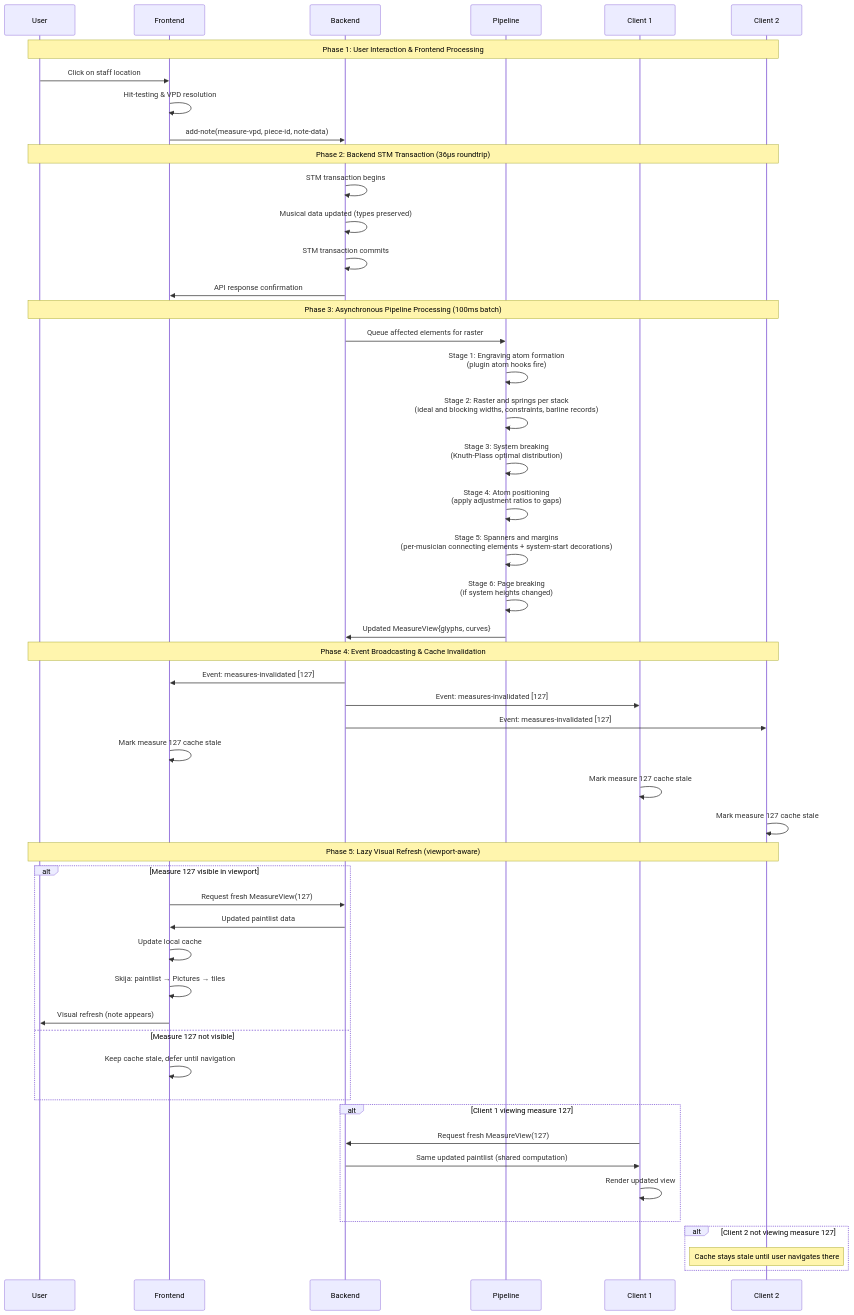
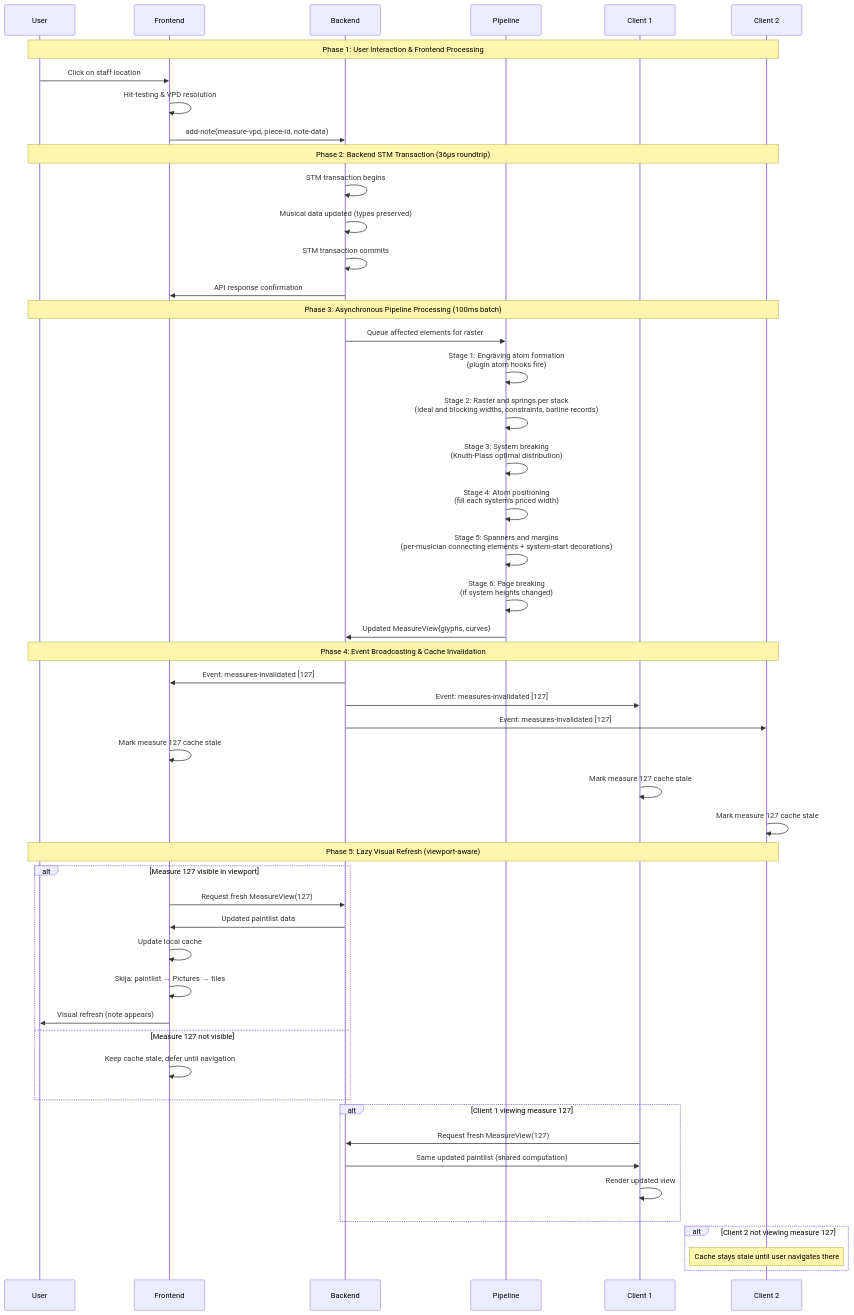
Before and after one commit to PeterBengtson/Ooloi-docs: the third of 4 diagrams in ADRs/0028-Hierarchical-Rendering-Pipeline.md, drawn with Mermaid. The commit also changed other lines of this file and 2 other files, not shown here.

Commit message:
Documentation sync 2026-11-17

````diff
--- a/ADRs/0028-Hierarchical-Rendering-Pipeline.md
+++ b/ADRs/0028-Hierarchical-Rendering-Pipeline.md
@@ -304,60 +304,60 @@
 ```mermaid
 sequenceDiagram
     participant U as User
     participant F as Frontend
     participant B as Backend
     participant P as Pipeline
     participant C1 as Client 1
     participant C2 as Client 2
 
     Note over U,C2: Phase 1: User Interaction & Frontend Processing
     U->>F: Click on staff location
     F->>F: Hit-testing & VPD resolution
     F->>B: add-note(measure-vpd, piece-id, note-data)
 
     Note over U,C2: Phase 2: Backend STM Transaction (36μs roundtrip)
     B->>B: STM transaction begins
     B->>B: Musical data updated (types preserved)
     B->>B: STM transaction commits
     B->>F: API response confirmation
 
     Note over U,C2: Phase 3: Asynchronous Pipeline Processing (100ms batch)
     B->>P: Queue affected elements for raster
     P->>P: Stage 1: Engraving atom formation<br/>(plugin atom hooks fire)
     P->>P: Stage 2: Raster and springs per stack<br/>(ideal and blocking widths, constraints, barline records)
     P->>P: Stage 3: System breaking<br/>(Knuth-Plass optimal distribution)
-    P->>P: Stage 4: Atom positioning<br/>(apply adjustment ratios to gaps)
+    P->>P: Stage 4: Atom positioning<br/>(fill each system's priced width)
     P->>P: Stage 5: Spanners and margins<br/>(per-musician connecting elements + system-start decorations)
     P->>P: Stage 6: Page breaking<br/>(if system heights changed)
     P->>B: Updated MeasureView{glyphs, curves}
 
     Note over U,C2: Phase 4: Event Broadcasting & Cache Invalidation
     B->>F: Event: measures-invalidated [127]
     B->>C1: Event: measures-invalidated [127]
     B->>C2: Event: measures-invalidated [127]
 
     F->>F: Mark measure 127 cache stale
     C1->>C1: Mark measure 127 cache stale
     C2->>C2: Mark measure 127 cache stale
 
     Note over U,C2: Phase 5: Lazy Visual Refresh (viewport-aware)
     alt Measure 127 visible in viewport
         F->>B: Request fresh MeasureView(127)
         B->>F: Updated paintlist data
         F->>F: Update local cache
         F->>F: Skija: paintlist → Pictures → tiles
         F->>U: Visual refresh (note appears)
     else Measure 127 not visible
         F->>F: Keep cache stale, defer until navigation
     end
 
     alt Client 1 viewing measure 127
         C1->>B: Request fresh MeasureView(127)
         B->>C1: Same updated paintlist (shared computation)
         C1->>C1: Render updated view
     end
 
     alt Client 2 not viewing measure 127
         Note over C2: Cache stays stale until user navigates there
     end
 ```
````
